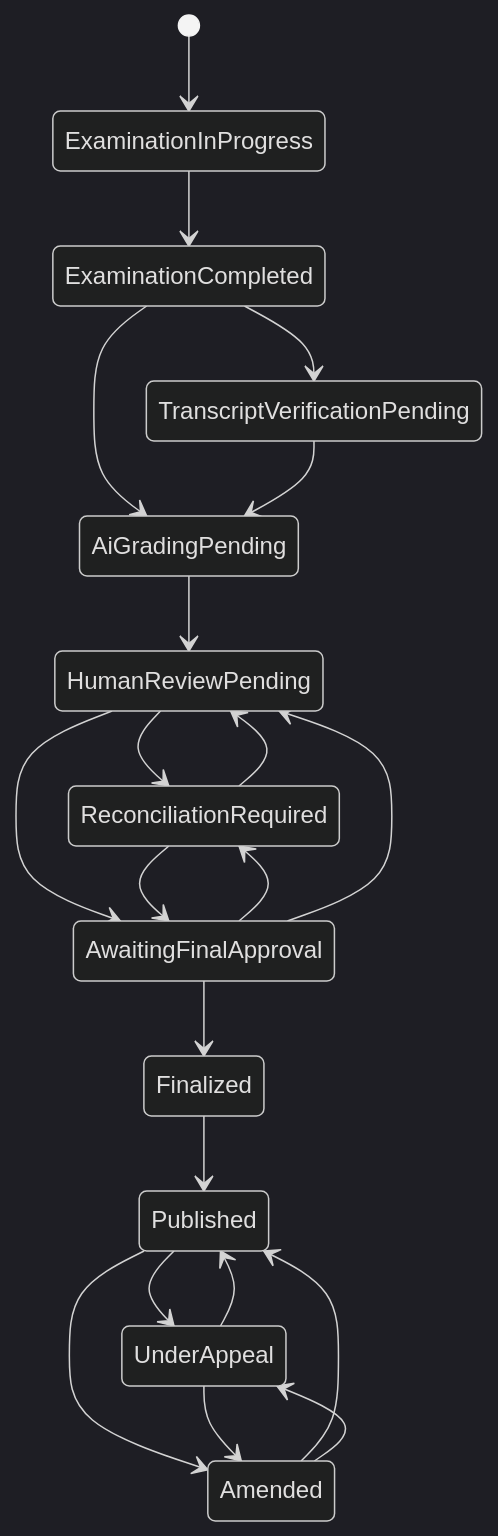
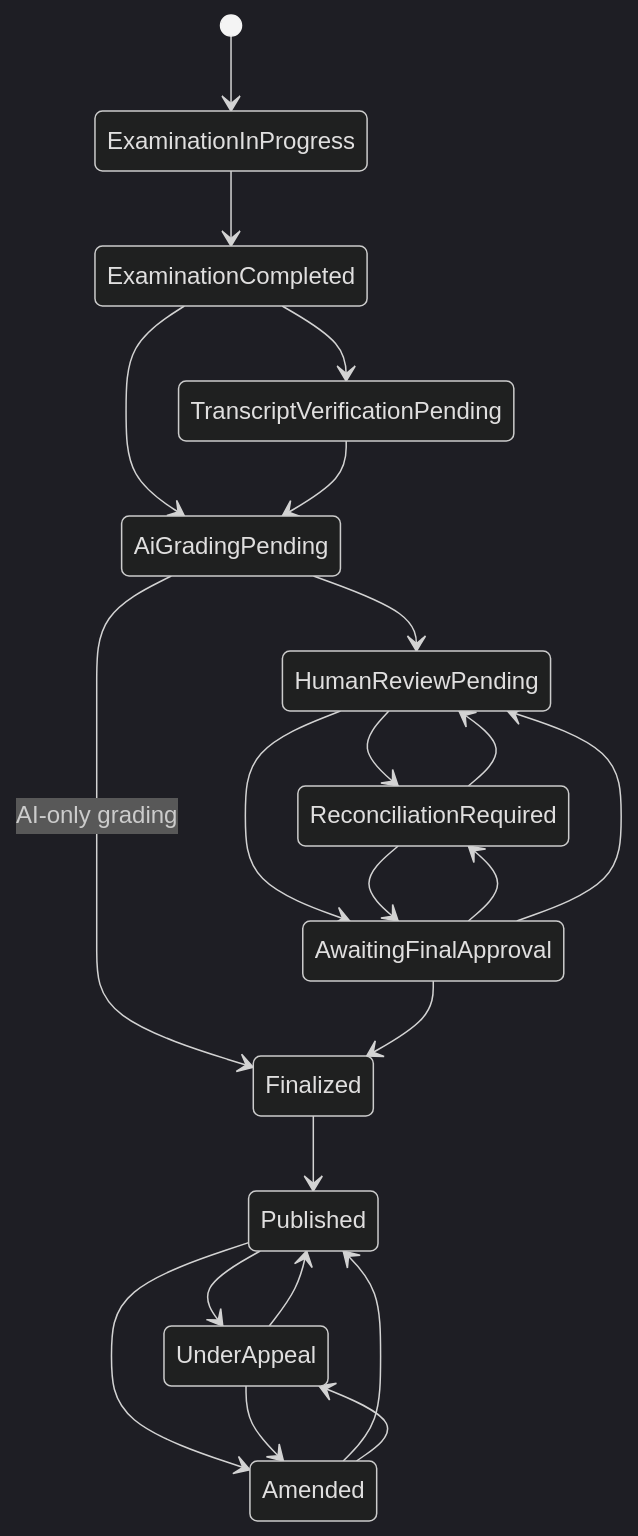
The sixth of 9 diagrams in docs/DESIGN.md (mindattic/Gadfly), drawn with Mermaid (dark theme) before and after one commit. The commit also changed other lines of this file and 23 other files, not shown here.

````diff
--- a/docs/DESIGN.md
+++ b/docs/DESIGN.md
@@ -355,23 +355,24 @@
 ```mermaid
 stateDiagram-v2
     [*] --> ExaminationInProgress
     ExaminationInProgress --> ExaminationCompleted
     ExaminationCompleted --> TranscriptVerificationPending
     ExaminationCompleted --> AiGradingPending
     TranscriptVerificationPending --> AiGradingPending
     AiGradingPending --> HumanReviewPending
+    AiGradingPending --> Finalized: AI-only grading
     HumanReviewPending --> ReconciliationRequired
     HumanReviewPending --> AwaitingFinalApproval
     ReconciliationRequired --> AwaitingFinalApproval
     ReconciliationRequired --> HumanReviewPending
     AwaitingFinalApproval --> Finalized
     AwaitingFinalApproval --> ReconciliationRequired
     AwaitingFinalApproval --> HumanReviewPending
     Finalized --> Published
     Published --> UnderAppeal
     Published --> Amended
     UnderAppeal --> Published
     UnderAppeal --> Amended
     Amended --> Published
     Amended --> UnderAppeal
 ```
````
